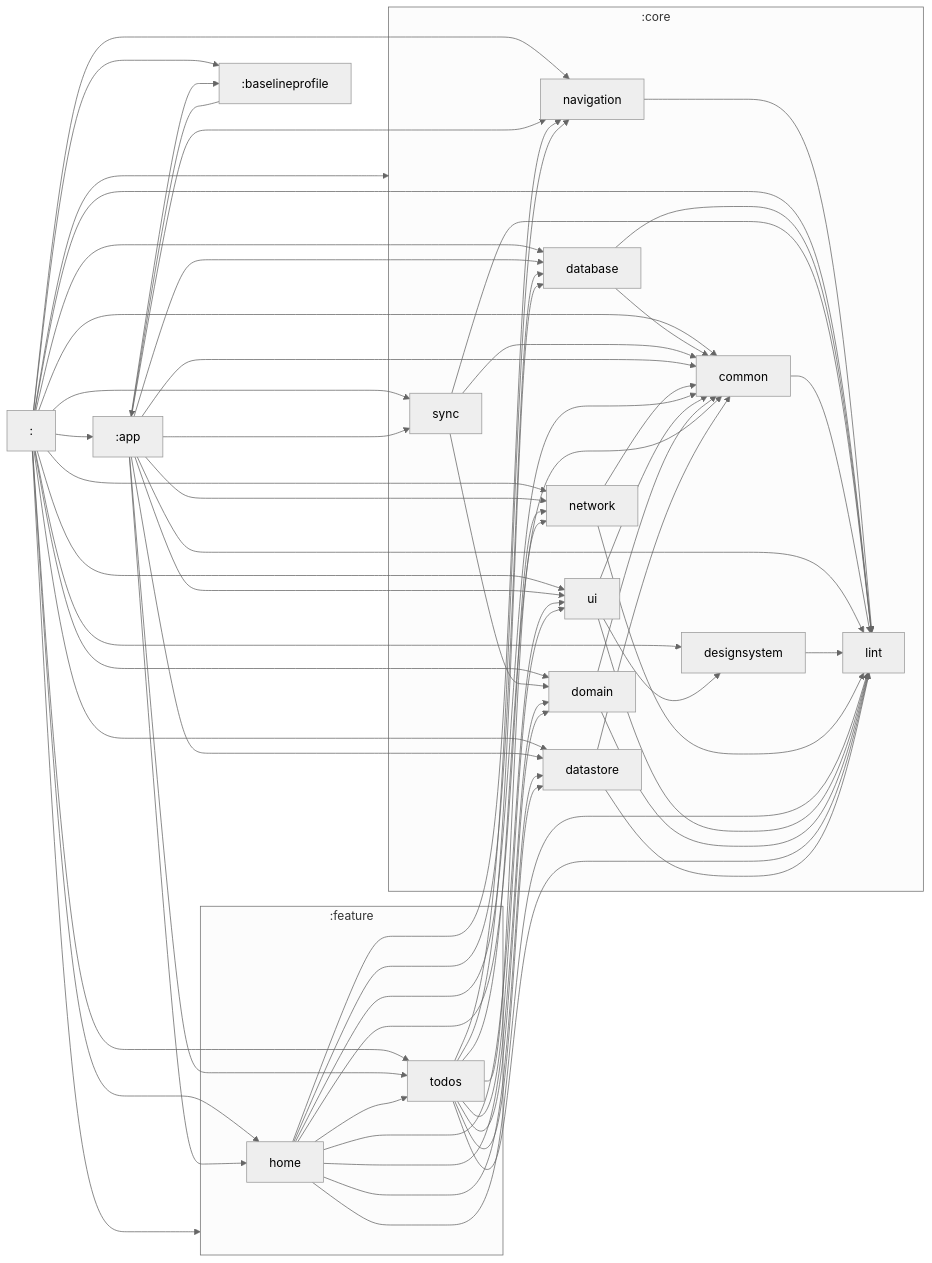
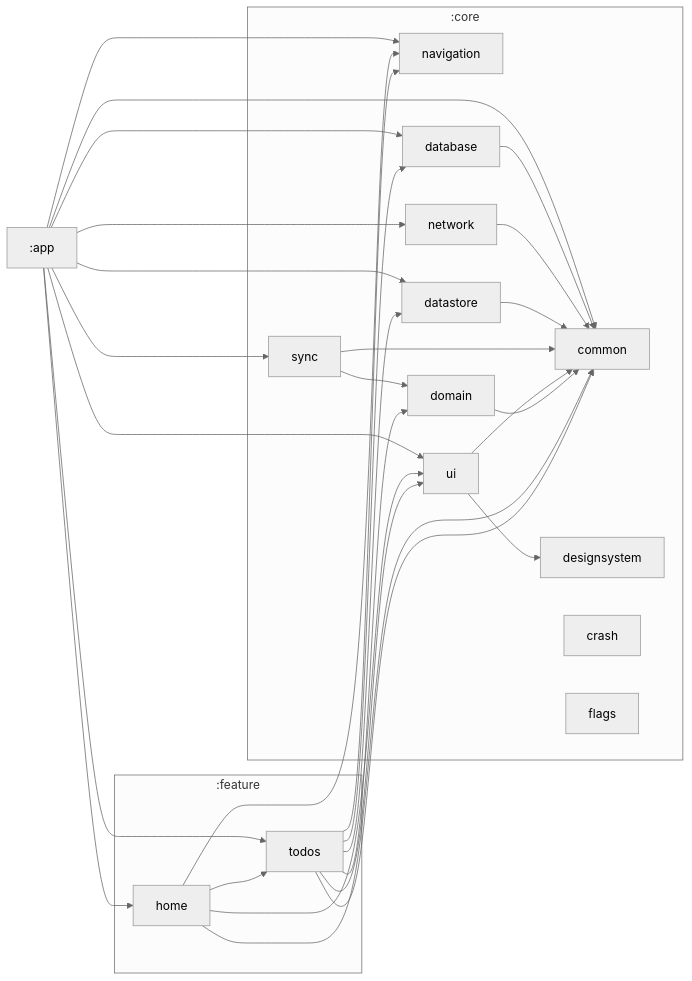
The diagram in README.md (aragabz/androidtemplate), drawn with Mermaid before and after one commit. The commit also changed other lines of this file and 32 other files, not shown here.

````diff
--- a/README.md
+++ b/README.md
@@ -10,7 +196,6 @@
 graph LR
   subgraph :core
     :core:navigation["navigation"]
-    :core:lint["lint"]
     :core:common["common"]
     :core:database["database"]
     :core:datastore["datastore"]
@@ -19,35 +204,13 @@
     :core:network["network"]
     :core:sync["sync"]
     :core:ui["ui"]
+    :core:crash["crash"]
+    :core:flags["flags"]
   end
   subgraph :feature
     :feature:home["home"]
     :feature:todos["todos"]
   end
-  :core:navigation --> :core:lint
-  : --> :app
-  : --> :baselineprofile
-  : --> :core
-  : --> :feature
-  : --> :core:common
-  : --> :core:database
-  : --> :core:datastore
-  : --> :core:designsystem
-  : --> :core:domain
-  : --> :core:lint
-  : --> :core:navigation
-  : --> :core:network
-  : --> :core:sync
-  : --> :core:ui
-  : --> :feature:home
-  : --> :feature:todos
-  :core:database --> :core:common
-  :core:database --> :core:lint
-  :core:sync --> :core:common
-  :core:sync --> :core:domain
-  :core:sync --> :core:lint
-  :core:common --> :core:lint
-  :app --> :baselineprofile
   :app --> :core:common
   :app --> :core:network
   :app --> :core:database
@@ -57,33 +220,22 @@
   :app --> :core:navigation
   :app --> :feature:home
   :app --> :feature:todos
-  :app --> :core:lint
-  :baselineprofile --> :app
-  :core:designsystem --> :core:lint
+  :core:database --> :core:common
   :core:network --> :core:common
-  :core:network --> :core:lint
+  :core:datastore --> :core:common
+  :core:sync --> :core:common
+  :core:sync --> :core:domain
+  :core:ui --> :core:designsystem
+  :core:ui --> :core:common
+  :core:domain --> :core:common
   :feature:home --> :core:common
   :feature:home --> :core:ui
-  :feature:home --> :core:domain
-  :feature:home --> :core:network
-  :feature:home --> :core:database
-  :feature:home --> :core:datastore
   :feature:home --> :core:navigation
   :feature:home --> :feature:todos
-  :feature:home --> :core:lint
-  :core:ui --> :core:designsystem
-  :core:ui --> :core:common
-  :core:ui --> :core:lint
-  :core:domain --> :core:common
-  :core:domain --> :core:lint
   :feature:todos --> :core:common
   :feature:todos --> :core:ui
   :feature:todos --> :core:domain
-  :feature:todos --> :core:network
   :feature:todos --> :core:database
   :feature:todos --> :core:datastore
   :feature:todos --> :core:navigation
-  :feature:todos --> :core:lint
-  :core:datastore --> :core:common
-  :core:datastore --> :core:lint
 ```
````
